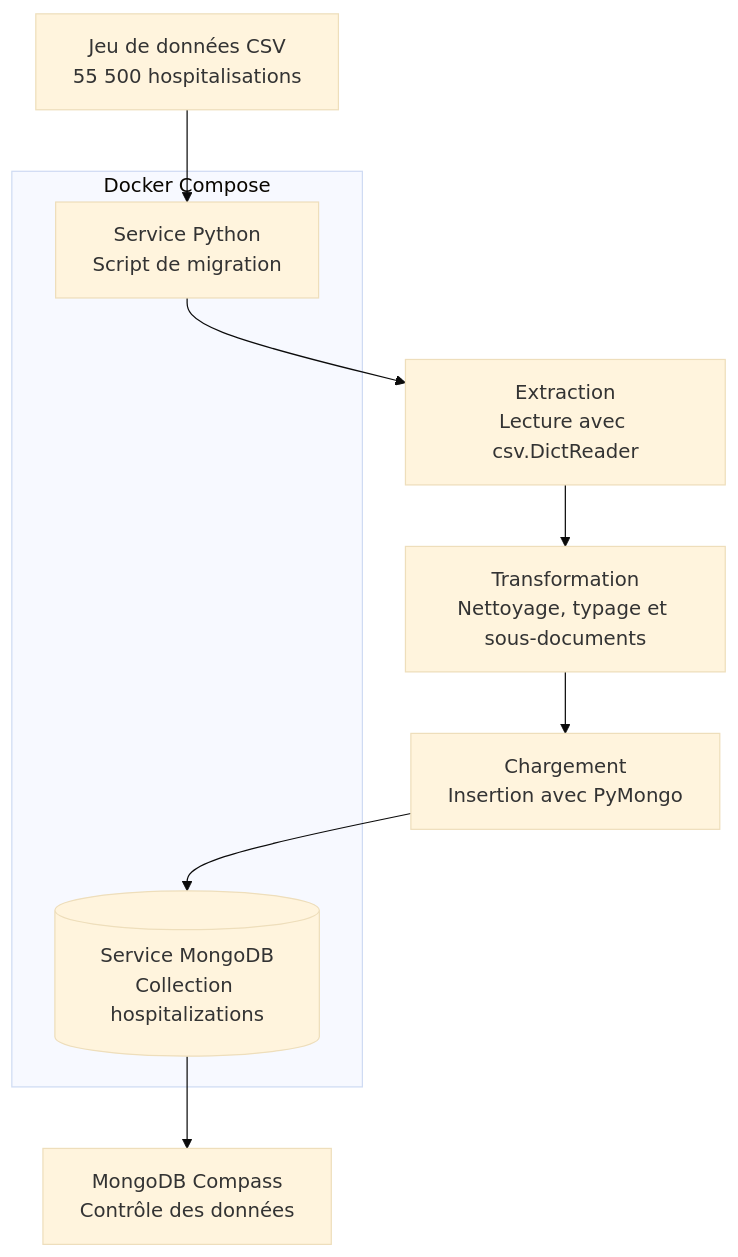
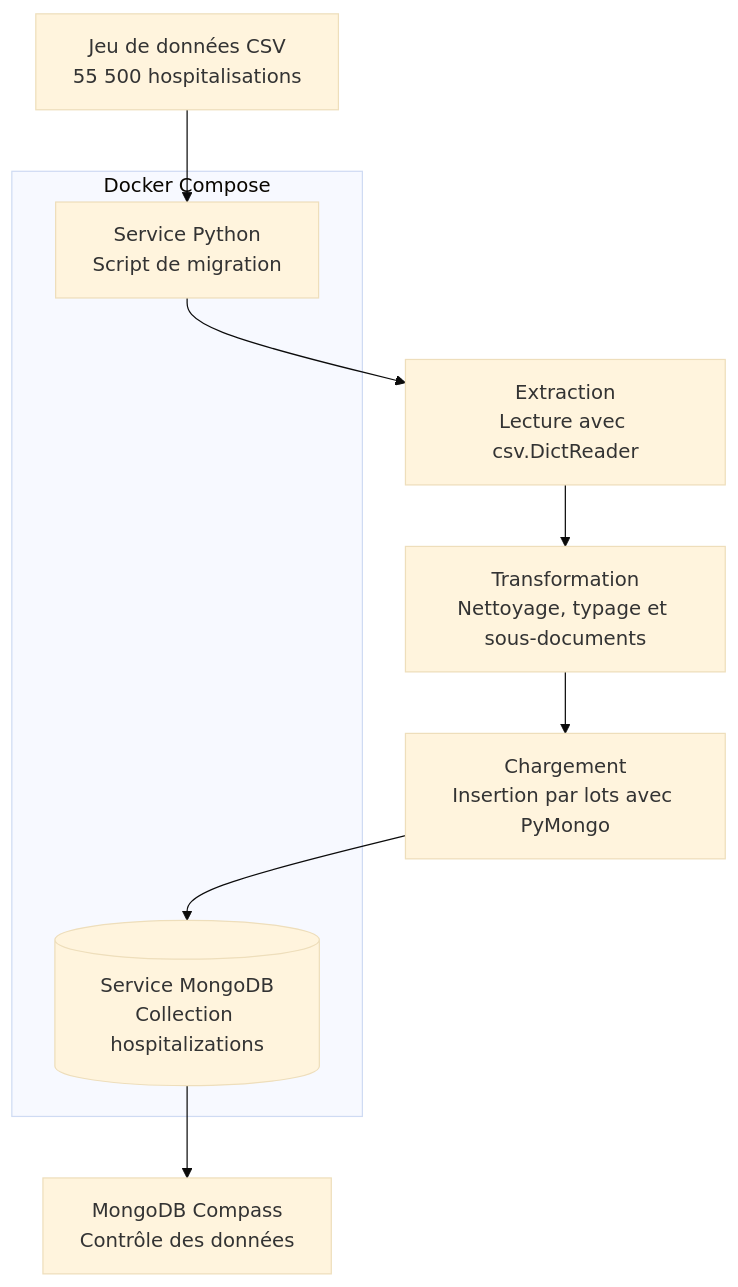
The diagram in README.md (Cosmic-Girl/medical-mongodb-migration), drawn with Mermaid (base theme) before and after one commit. The commit also changed other lines of this file and 1 other file, not shown here.

````diff
--- a/README.md
+++ b/README.md
@@ -24,22 +24,22 @@
 ```mermaid
 flowchart TD
     A[Jeu de données CSV<br/>55 500 hospitalisations]
     B[Service Python<br/>Script de migration]
     C[Extraction<br/>Lecture avec csv.DictReader]
     D[Transformation<br/>Nettoyage, typage et sous-documents]
-    E[Chargement<br/>Insertion avec PyMongo]
+    E[Chargement<br/>Insertion par lots avec PyMongo]
     F[(Service MongoDB<br/>Collection hospitalizations)]
     G[MongoDB Compass<br/>Contrôle des données]
 
     A --> B
     B --> C
     C --> D
     D --> E
     E --> F
     F --> G
 
     subgraph DC[Docker Compose]
         B
         F
     end
 ```
````
